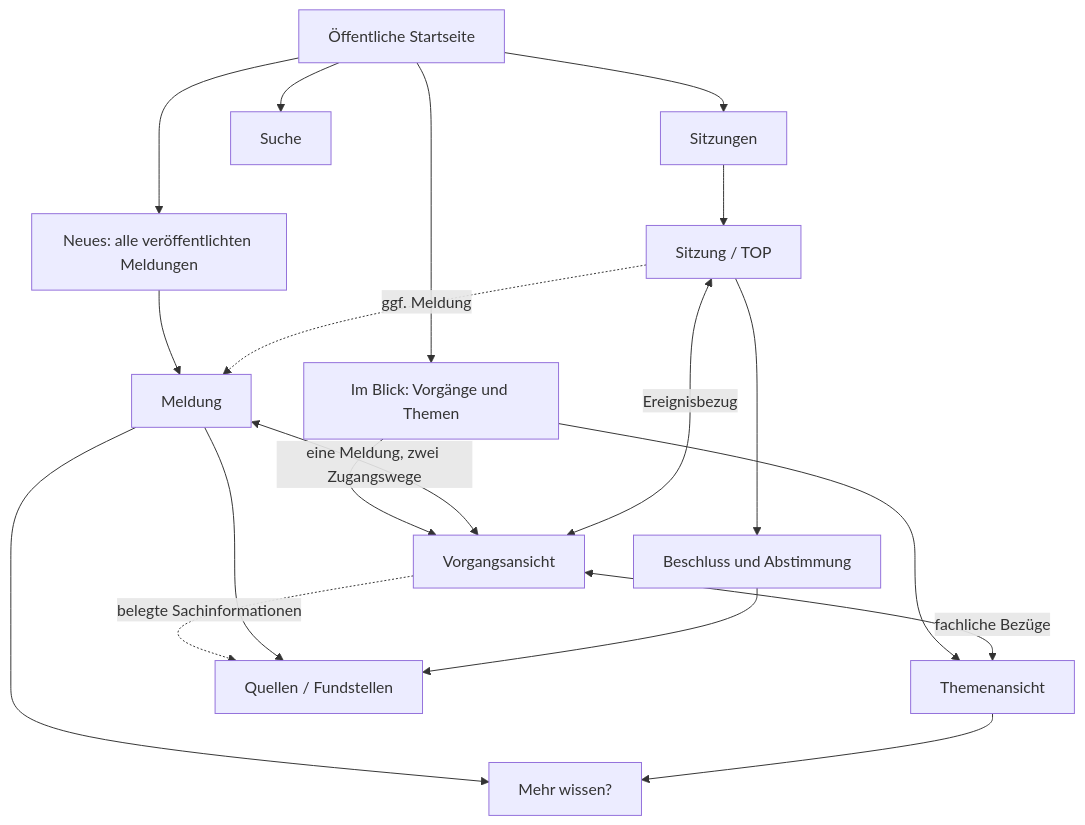
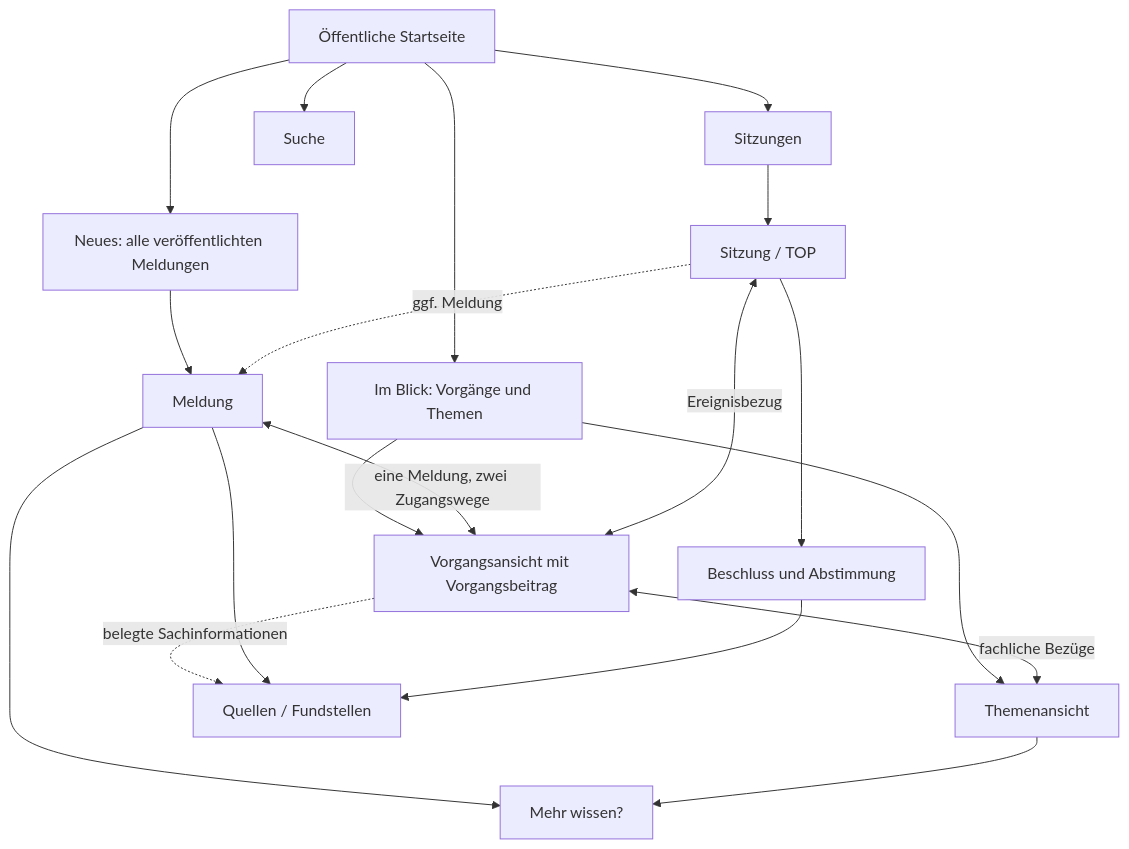
One commit to PustefixReisen/fib-echtsystem changed the diagram in docs/fachhandbuch/09-Oeffentliches-FIB-Angebot-Entwurf-2026-10-26.md. Above: the diagram before and after it, drawn with Mermaid. The commit also changed other lines of this file, not shown here.

Commit message:
docs: Vorgangsbeitrag als eigenstaendigen oeffentlichen Erkenntnistext festhalten

````diff
--- a/docs/fachhandbuch/09-Oeffentliches-FIB-Angebot-Entwurf-2026-10-26.md
+++ b/docs/fachhandbuch/09-Oeffentliches-FIB-Angebot-Entwurf-2026-10-26.md
@@ -23,21 +23,21 @@
 ```mermaid
 flowchart TD
   START["Öffentliche Startseite"] --> NEU["Neues: alle veröffentlichten Meldungen"]
   START --> BLICK["Im Blick: Vorgänge und Themen"]
   START --> SITZ["Sitzungen"]
   START --> SUCHE["Suche"]
   NEU --> M["Meldung"]
-  BLICK --> V["Vorgangsansicht"]
+  BLICK --> V["Vorgangsansicht mit Vorgangsbeitrag"]
   BLICK --> T["Themenansicht"]
   M <-->|"eine Meldung, zwei Zugangswege"| V
   V <-->|"fachliche Bezüge"| T
   SITZ --> TOP["Sitzung / TOP"]
   TOP --> BES["Beschluss und Abstimmung"]
   TOP <-->|"Ereignisbezug"| V
   TOP -.->|"ggf. Meldung"| M
   M --> MEHR["Mehr wissen?"]
   T --> MEHR
   V -.->|"belegte Sachinformationen"| QUELLE["Quellen / Fundstellen"]
   M --> QUELLE
   BES --> QUELLE
 ```
````
